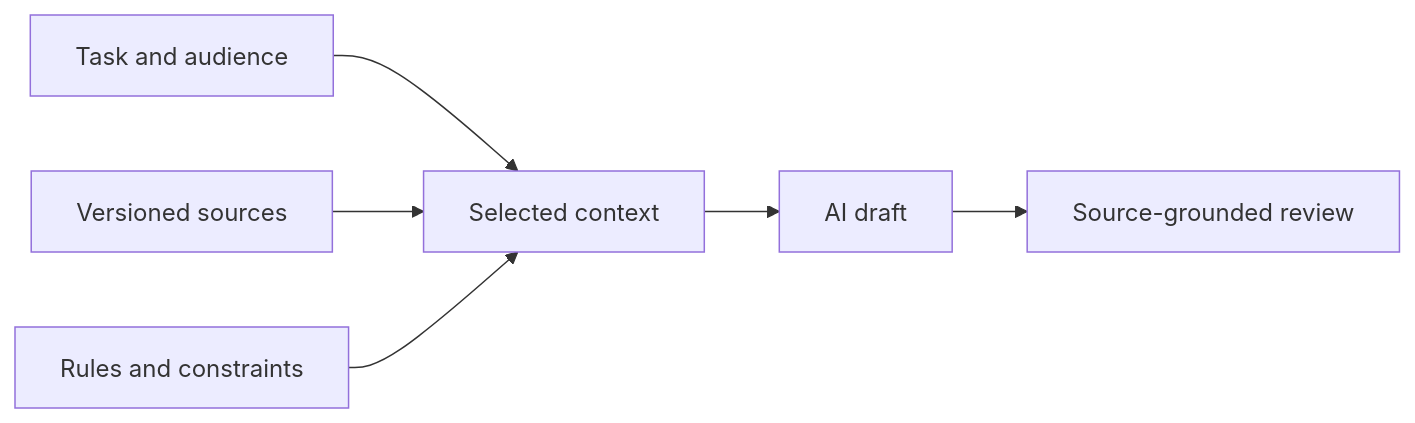
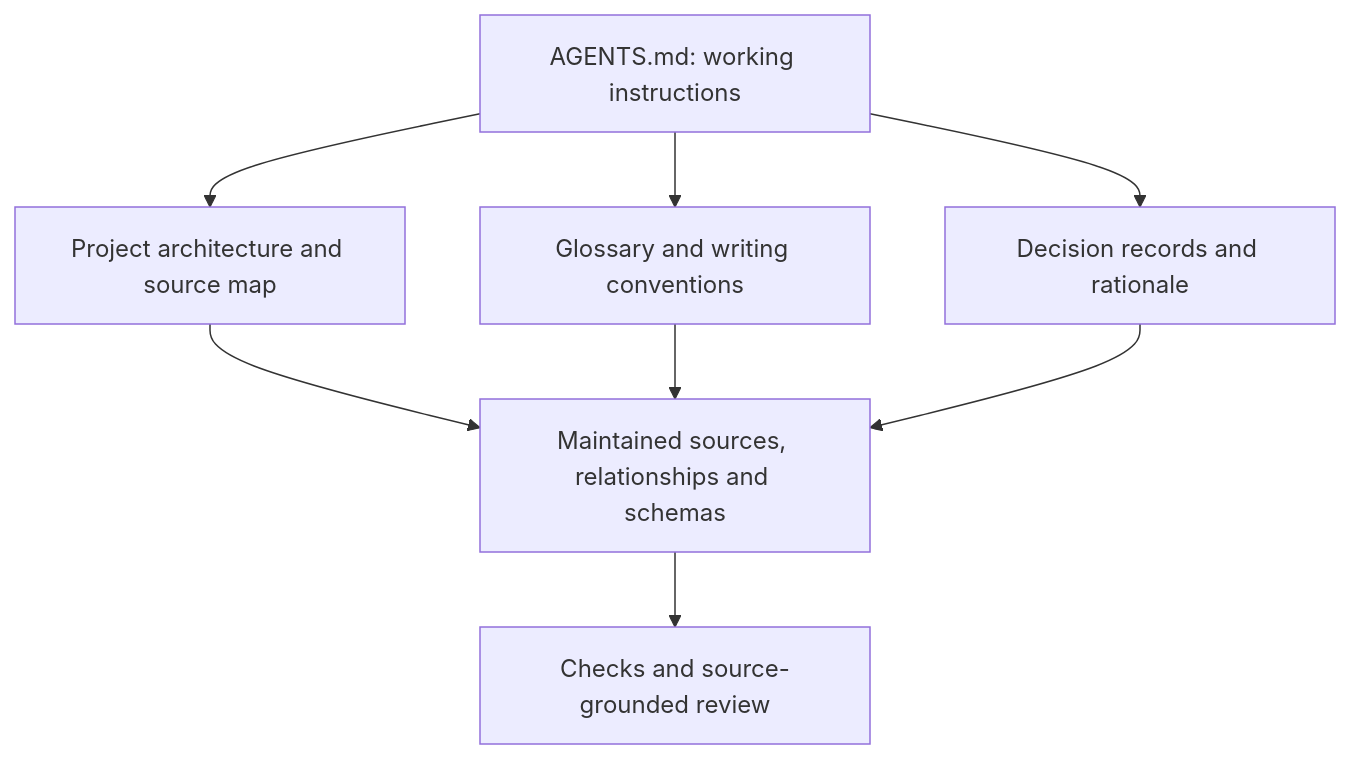
Before and after one commit to And-Gu/document-as-code-lab: the diagram in docs/08-ai-native.md, drawn with Mermaid. The commit also changed other lines of this file and 47 other files, not shown here.

Commit message:
Implement tutorial v1.2 agent knowledge and scenario checks

````diff
--- a/docs/08-ai-native.md
+++ b/docs/08-ai-native.md
@@ -39,8 +42,12 @@
 ```mermaid
-flowchart LR
- T[Task and audience] --> C[Selected context]
- S[Versioned sources] --> C
- R[Rules and constraints] --> C
- C --> A[AI draft]
- A --> V[Source-grounded review]
+flowchart TB
+ accTitle: Project knowledge map
+ accDescr: Working instructions link to architecture, terminology, decisions, and maintained sources. Checks and review assess the result.
+ A[AGENTS.md: working instructions] --> P[Project architecture and source map]
+ A --> G[Glossary and writing conventions]
+ A --> D[Decision records and rationale]
+ P --> S[Maintained sources, relationships and schemas]
+ G --> S
+ D --> S
+ S --> V[Checks and source-grounded review]
 ```
````
